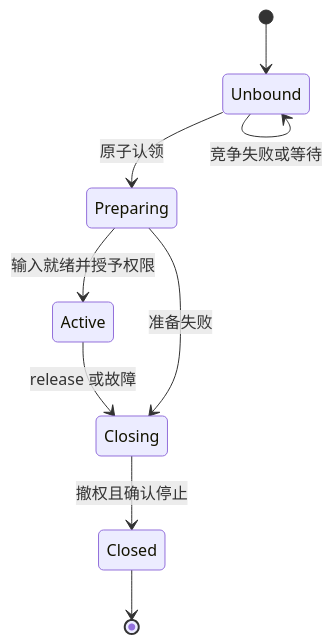
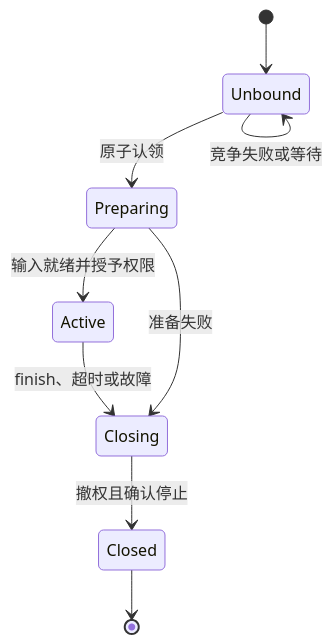
The second of 2 diagrams in docs/phases/0002-task-material-workspace/01-model-and-runtime.md (LuNa-shi/murm), drawn with Mermaid before and after one commit. The commit also changed other lines of this file, not shown here.

Commit message:
docs: remove obsolete release terminology from one-Task Bot lifecycle

````diff
--- a/docs/phases/0002-task-material-workspace/01-model-and-runtime.md
+++ b/docs/phases/0002-task-material-workspace/01-model-and-runtime.md
@@ -101,11 +101,11 @@
 ```mermaid
 stateDiagram-v2
     [*] --> Unbound
     Unbound --> Preparing: 原子认领
     Unbound --> Unbound: 竞争失败或等待
     Preparing --> Active: 输入就绪并授予权限
     Preparing --> Closing: 准备失败
-    Active --> Closing: release 或故障
+    Active --> Closing: finish、超时或故障
     Closing --> Closed: 撤权且确认停止
     Closed --> [*]
 ```
````
